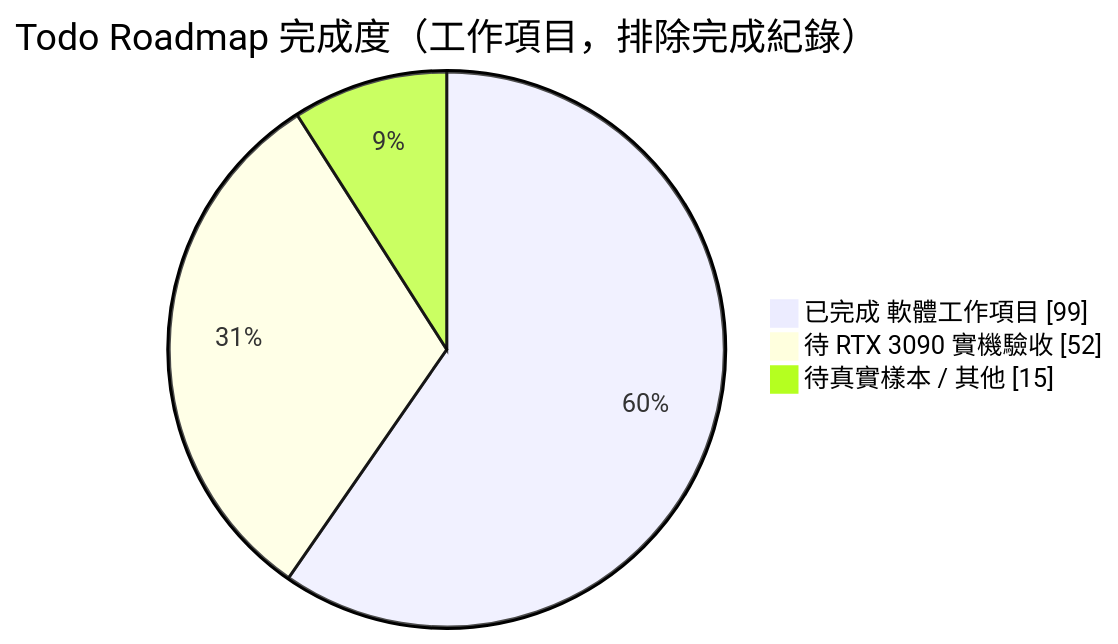
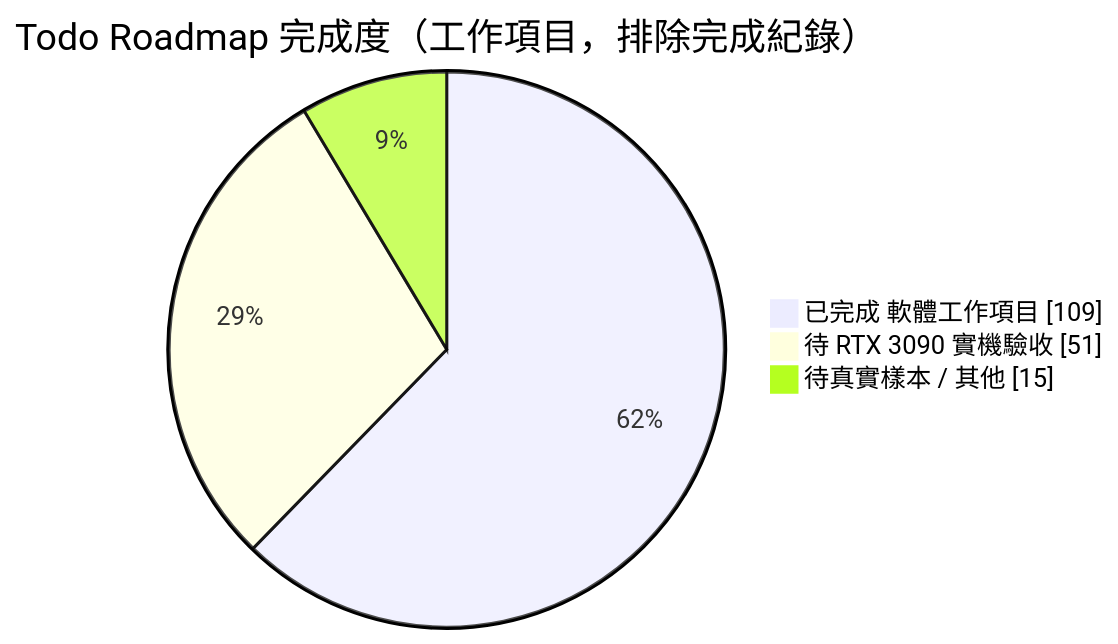
One commit to wweijun149/VisionFlow_GPU_CPU changed the first of 3 diagrams in PROGRESS_EVALUATION_2026-07-17.md. Above: the diagram before and after it, drawn with Mermaid. The commit also changed other lines of this file, not shown here.

````diff
--- a/PROGRESS_EVALUATION_2026-07-17.md
+++ b/PROGRESS_EVALUATION_2026-07-17.md
@@ -56,7 +80,7 @@
 ```mermaid
 pie showData
     title Todo Roadmap 完成度（工作項目，排除完成紀錄）
-    "已完成 軟體工作項目" : 99
-    "待 RTX 3090 實機驗收" : 52
+    "已完成 軟體工作項目" : 109
+    "待 RTX 3090 實機驗收" : 51
     "待真實樣本 / 其他" : 15
 ```
````
